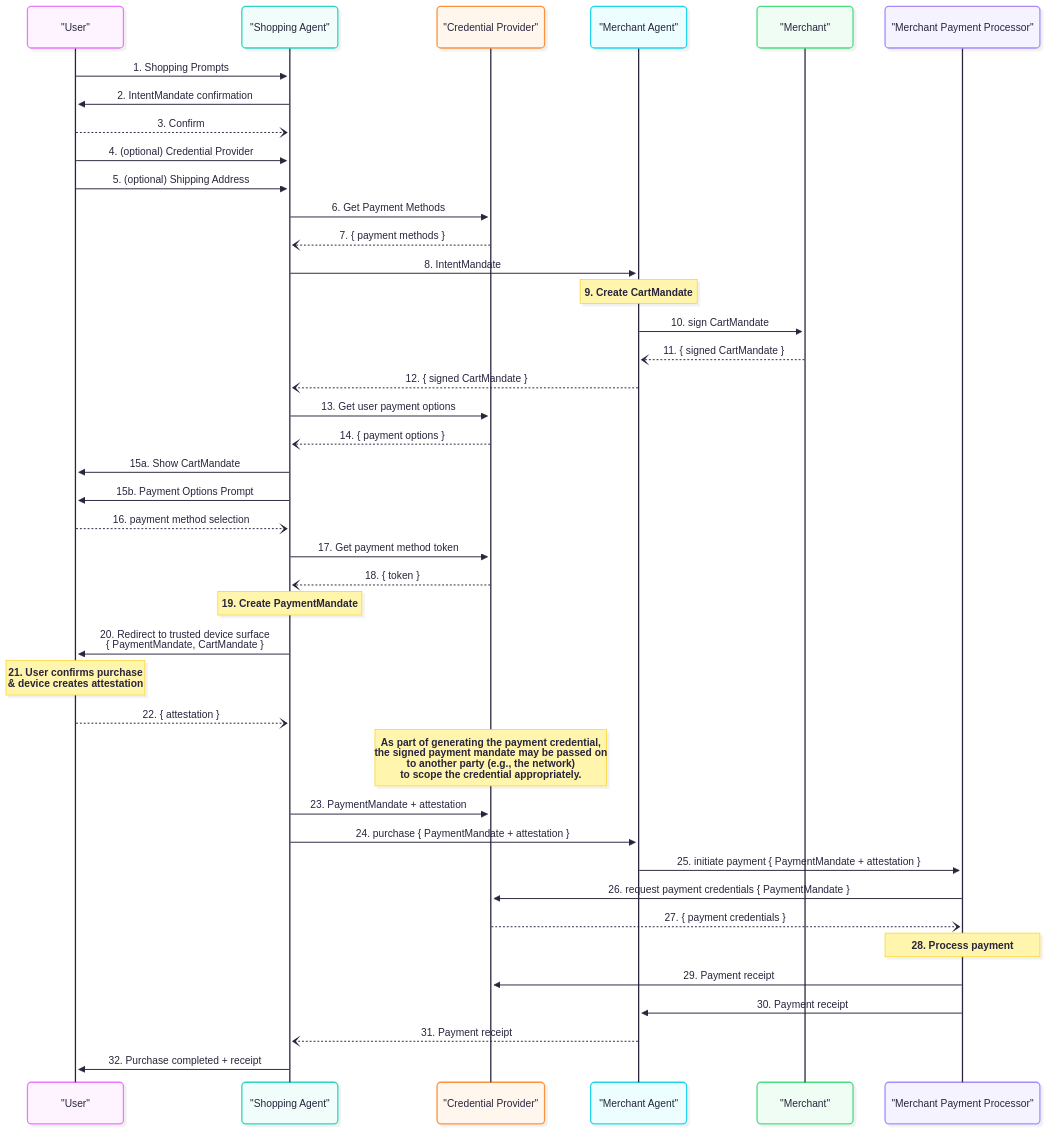
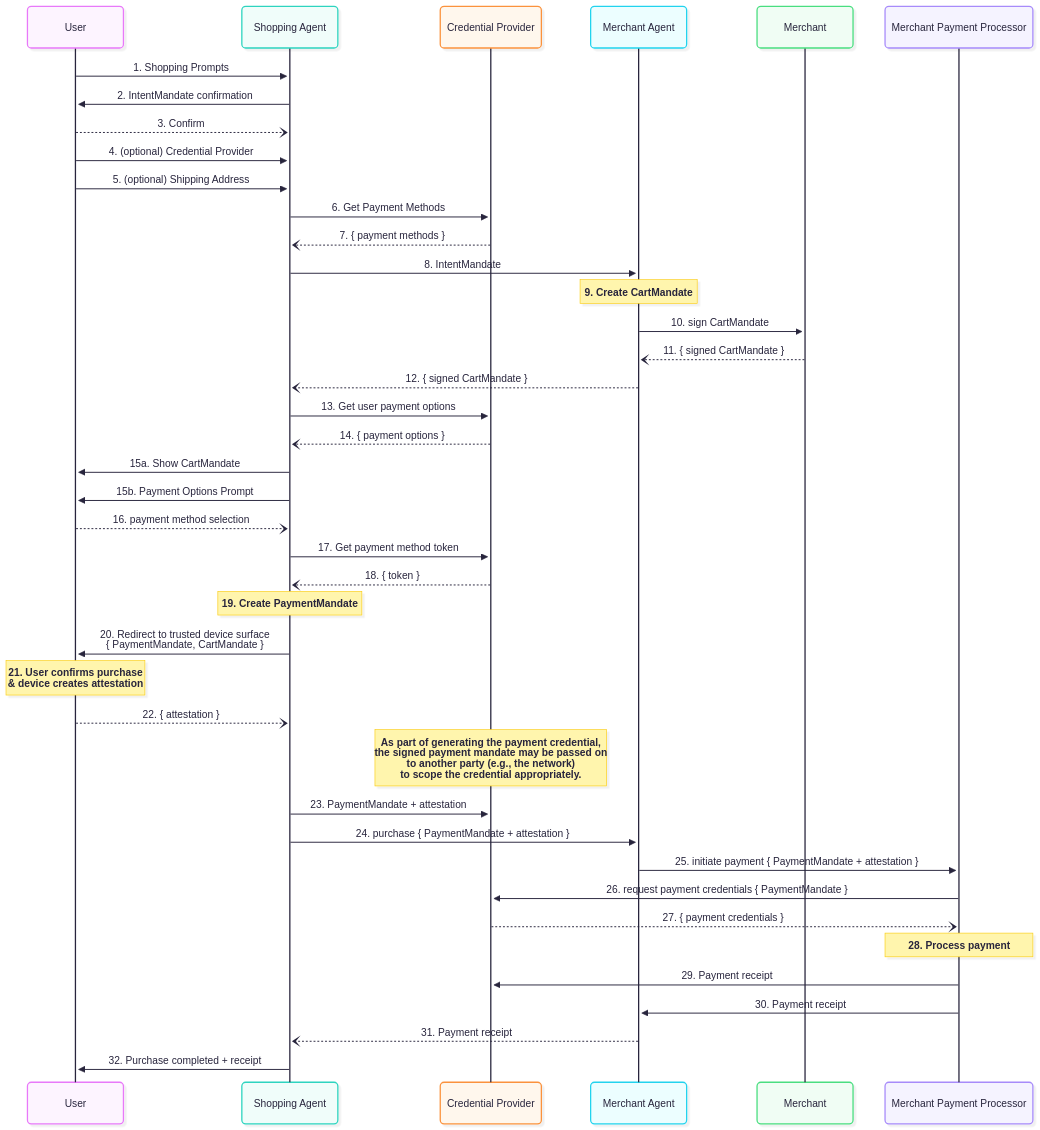
One commit to google-agentic-commerce/AP2 changed the diagram in docs/specification.md. Above: the diagram before and after it, drawn with Mermaid.

Commit message:
docs: Formatting of Mermaid Diagram

````diff
--- a/docs/specification.md
+++ b/docs/specification.md
@@ -274,64 +274,64 @@
 ```mermaid
 ---
 config:
   look: neo
   theme: redux-color
 ---
 sequenceDiagram
-    participant user as "User"
-    participant sa   as "Shopping Agent"
-    participant cp   as "Credential Provider"
-    participant ma   as "Merchant Agent"
-    participant m    as "Merchant"
-    participant mpp  as "Merchant Payment Processor"
+    participant user as User
+    participant sa   as Shopping Agent
+    participant cp   as Credential Provider
+    participant ma   as Merchant Agent
+    participant m    as Merchant
+    participant mpp  as Merchant Payment Processor
 
     user ->> sa: 1. Shopping Prompts
     sa   ->> user: 2. IntentMandate confirmation
     user --) sa: 3. Confirm
 
     user ->> sa: 4. (optional) Credential Provider
     user ->> sa: 5. (optional) Shipping Address
 
     sa ->> cp: 6. Get Payment Methods
     cp --) sa: 7. { payment methods }
 
     sa ->> ma: 8. IntentMandate
     note over ma: 9. Create CartMandate
 
     ma ->> m: 10. sign CartMandate
     m --) ma: 11. { signed CartMandate }
 
     ma --) sa: 12. { signed CartMandate }
 
     sa ->> cp: 13. Get user payment options
     cp --) sa: 14. { payment options }
 
     sa ->> user: 15a. Show CartMandate
     sa ->> user: 15b. Payment Options Prompt
 
     user --) sa: 16. payment method selection
 
     sa ->> cp: 17. Get payment method token
     cp --) sa: 18. { token }
 
     note over sa: 19. Create PaymentMandate
 
     sa ->> user: 20. Redirect to trusted device surface<br/>{ PaymentMandate, CartMandate }
     note over user: 21. User confirms purchase<br/>& device creates attestation
     user --) sa: 22. { attestation }
 
     note over cp: As part of generating the payment credential,<br/>the signed payment mandate may be passed on<br/>to another party (e.g., the network)<br/>to scope the credential appropriately.
 
     sa ->> cp: 23. PaymentMandate + attestation
     sa ->> ma: 24. purchase { PaymentMandate + attestation }
 
     ma  ->> mpp: 25. initiate payment { PaymentMandate + attestation }
     mpp ->> cp:  26. request payment credentials { PaymentMandate }
     cp  --) mpp: 27. { payment credentials }
 
     note over mpp: 28. Process payment
     mpp ->> cp: 29. Payment receipt
     mpp ->> ma: 30. Payment receipt
     ma  --) sa: 31. Payment receipt
     sa  ->> user: 32. Purchase completed + receipt
 ```
````
